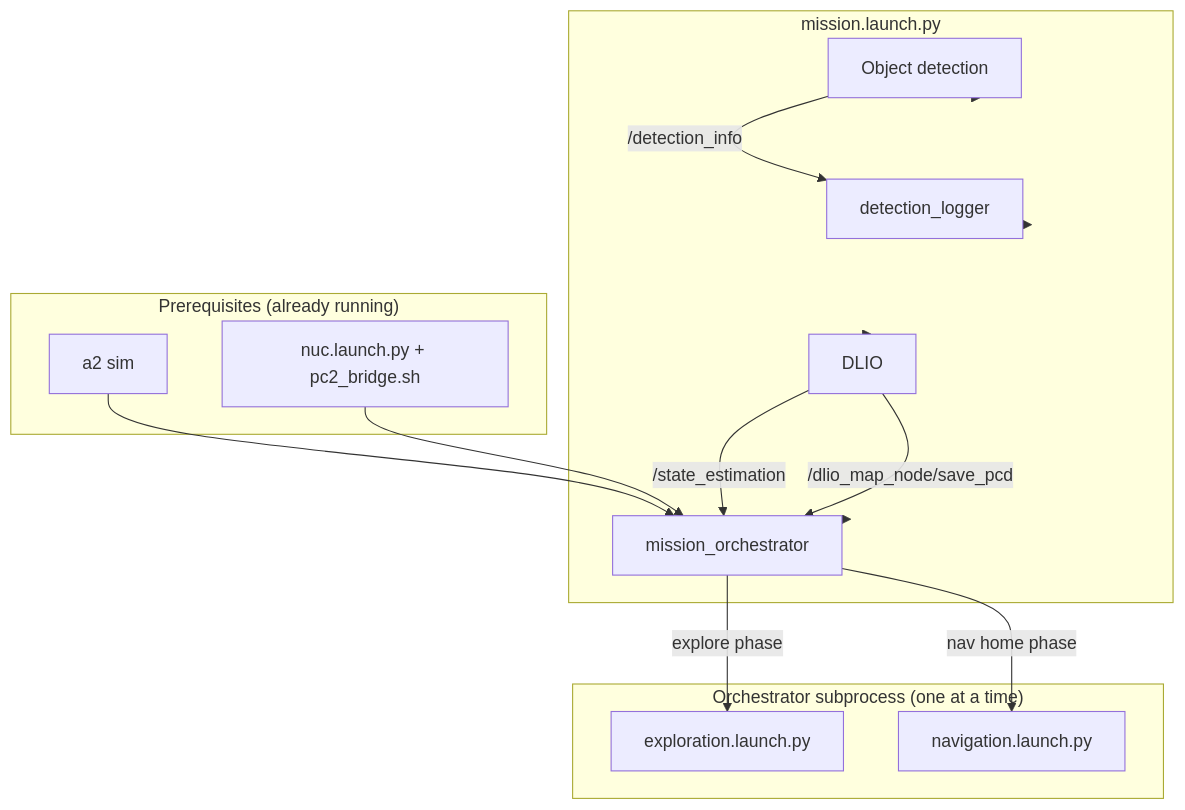
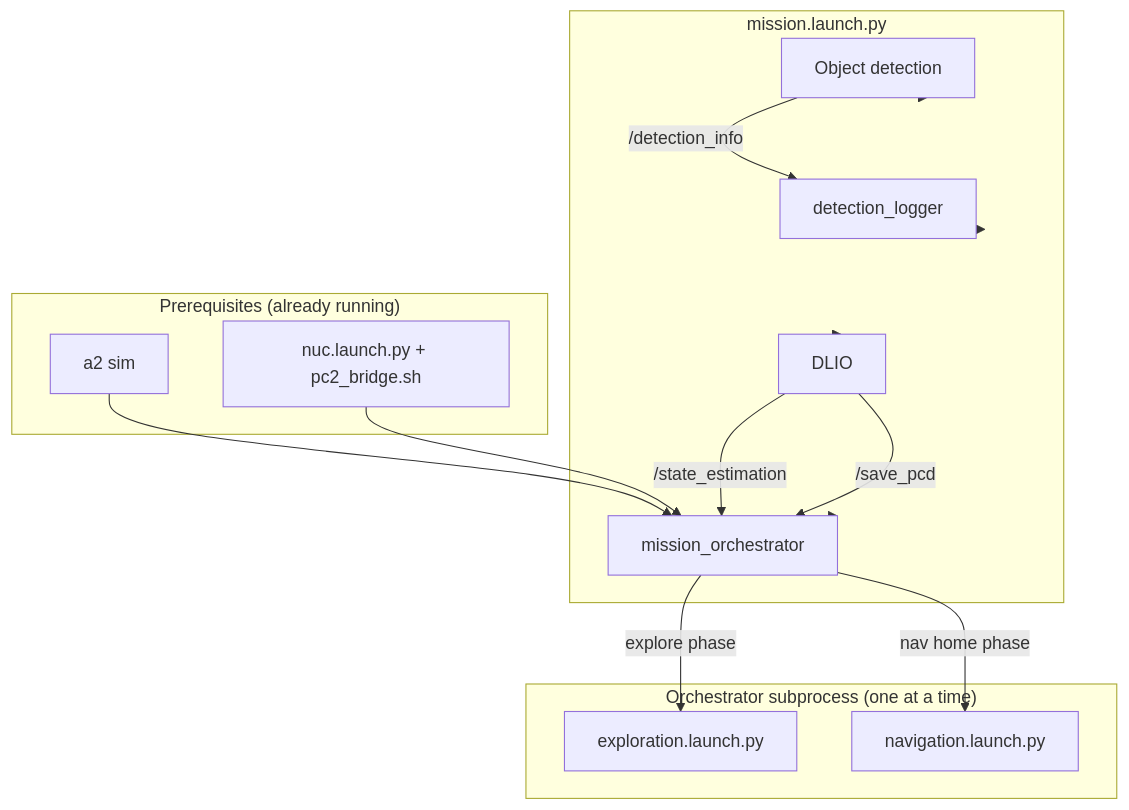
The first of 2 diagrams in src/meta_packages/a2_ros/docs/MISSION.md (Dinoclaro/a2_ros), drawn with Mermaid before and after one commit. The commit also changed other lines of this file, not shown here.

Commit message:
updated service for pcd

````diff
--- a/src/meta_packages/a2_ros/docs/MISSION.md
+++ b/src/meta_packages/a2_ros/docs/MISSION.md
@@ -36,34 +36,34 @@
 ```mermaid
 flowchart TB
     subgraph prereq["Prerequisites (already running)"]
         SIM["a2 sim"]
         REAL["nuc.launch.py + pc2_bridge.sh"]
     end
 
     subgraph mission["mission.launch.py"]
         DLIO["DLIO"]
         DET["Object detection"]
         LOG["detection_logger"]
         ORCH["mission_orchestrator"]
     end
 
     subgraph spawned["Orchestrator subprocess (one at a time)"]
         EXP["exploration.launch.py"]
         NAV["navigation.launch.py"]
     end
 
     SIM --> ORCH
     REAL --> ORCH
 
     mission --> DLIO
     mission --> DET
     mission --> LOG
     mission --> ORCH
 
     ORCH -->|"explore phase"| EXP
     ORCH -->|"nav home phase"| NAV
 
     DET -->|"/detection_info"| LOG
     DLIO -->|"/state_estimation"| ORCH
-    DLIO -->|"/dlio_map_node/save_pcd"| ORCH
+    DLIO -->|"/save_pcd"| ORCH
 ```
````
